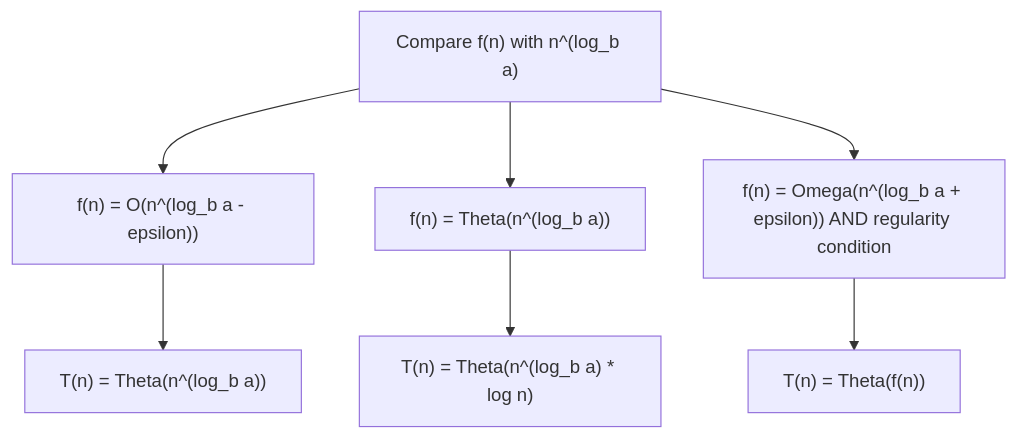
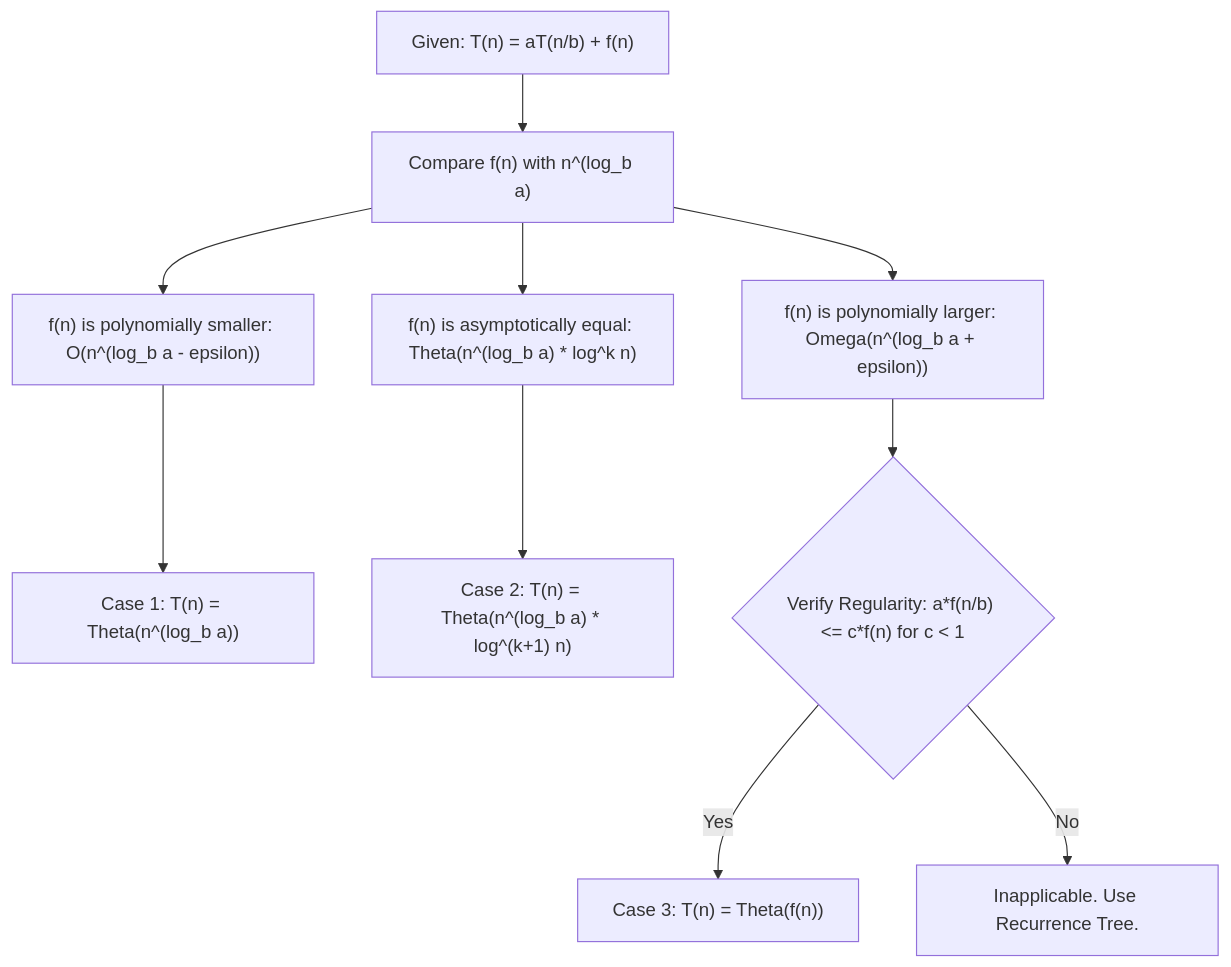
One commit to DeepLumiere/DeepSkills changed the seventh of 10 diagrams in notes/DAA_Unit1_and_Unit2_Complete_Notes.md. Above: the diagram before and after it, drawn with Mermaid. The commit also changed other lines of this file and 2 other files, not shown here.

````diff
--- a/notes/DAA_Unit1_and_Unit2_Complete_Notes.md
+++ b/notes/DAA_Unit1_and_Unit2_Complete_Notes.md
@@ -861,9 +866,12 @@
 ```mermaid
 flowchart TD
-    Start["Compare f(n) with n^(log_b a)"] --> Case1["f(n) = O(n^(log_b a - epsilon))"]
-    Start --> Case2["f(n) = Theta(n^(log_b a))"]
-    Start --> Case3["f(n) = Omega(n^(log_b a + epsilon)) AND regularity condition"]
-    Case1 --> Res1["T(n) = Theta(n^(log_b a))"]
-    Case2 --> Res2["T(n) = Theta(n^(log_b a) * log n)"]
-    Case3 --> Res3["T(n) = Theta(f(n))"]
+    Start["Given: T(n) = aT(n/b) + f(n)"] --> Comp["Compare f(n) with n^(log_b a)"]
+    Comp --> Case1["f(n) is polynomially smaller: O(n^(log_b a - epsilon))"]
+    Comp --> Case2["f(n) is asymptotically equal: Theta(n^(log_b a) * log^k n)"]
+    Comp --> Case3["f(n) is polynomially larger: Omega(n^(log_b a + epsilon))"]
+    Case1 --> Res1["Case 1: T(n) = Theta(n^(log_b a))"]
+    Case2 --> Res2["Case 2: T(n) = Theta(n^(log_b a) * log^(k+1) n)"]
+    Case3 --> Reg{"Verify Regularity: a*f(n/b) <= c*f(n) for c < 1"}
+    Reg -- Yes --> Res3["Case 3: T(n) = Theta(f(n))"]
+    Reg -- No --> Fail["Inapplicable. Use Recurrence Tree."]
 ```
````
